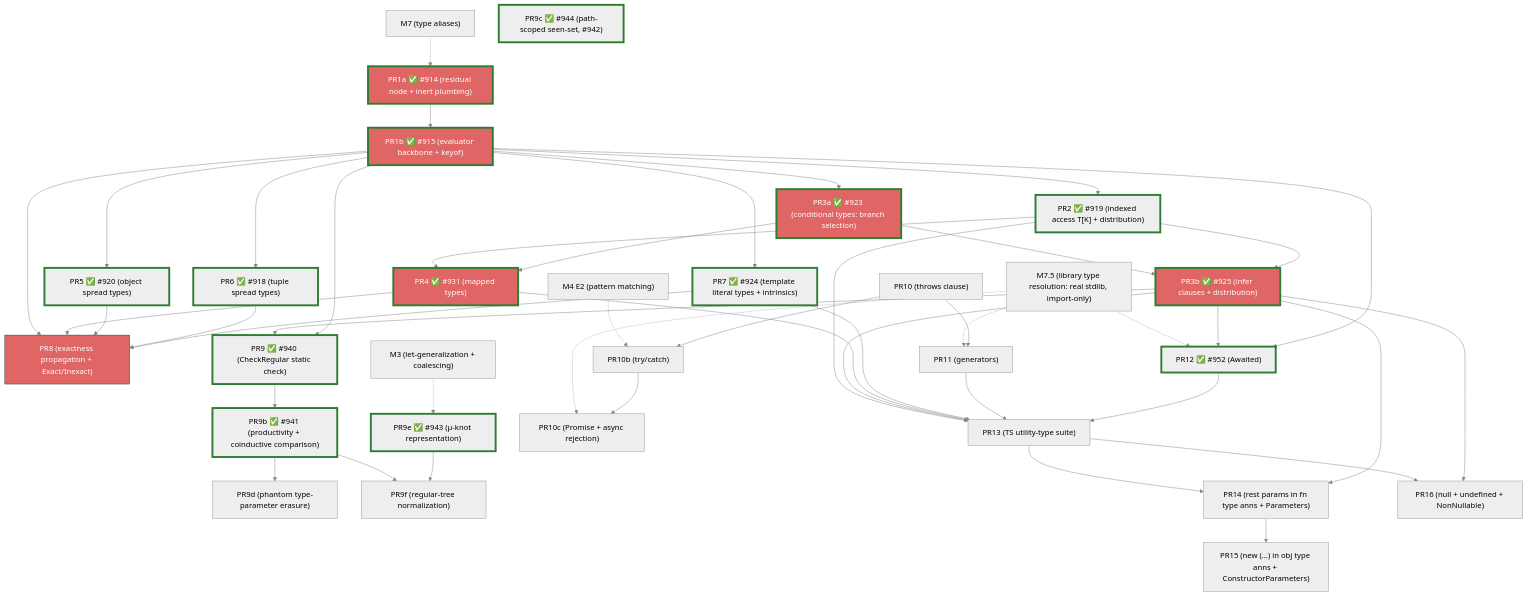
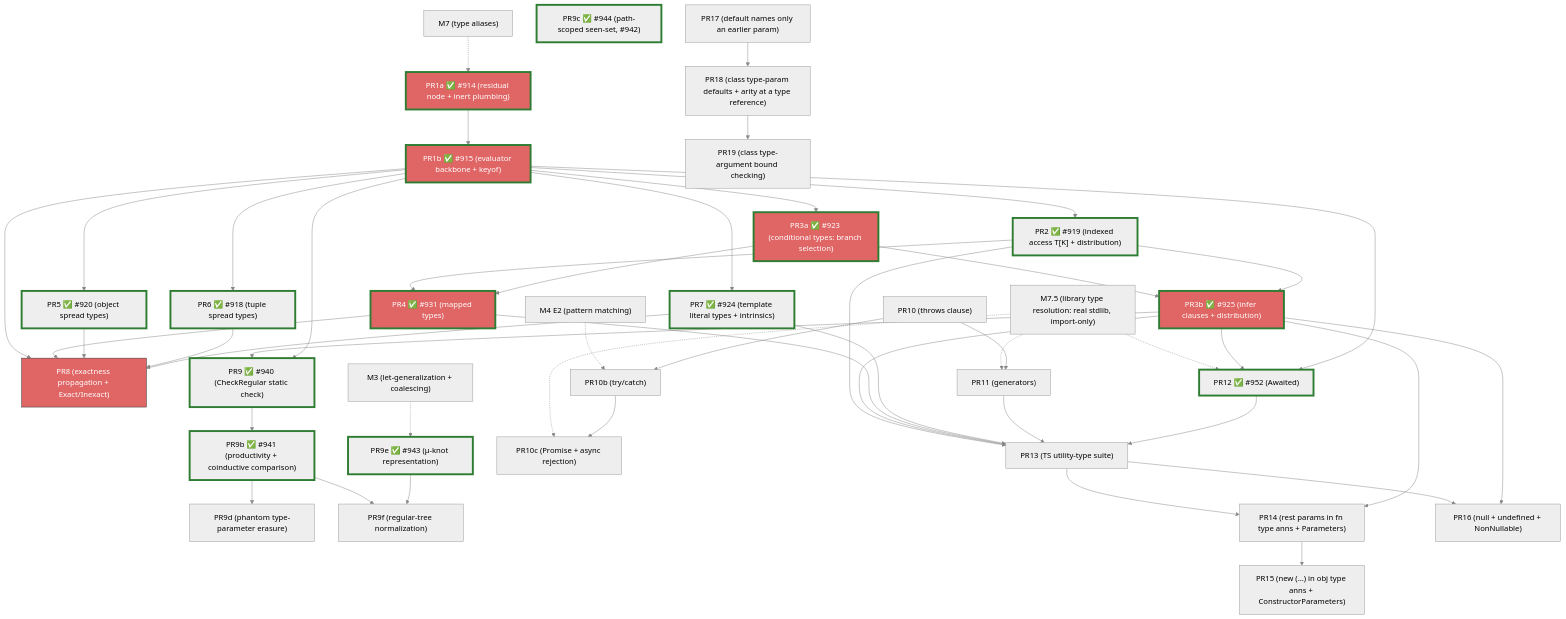
One commit to escalier-lang/escalier changed the diagram in planning/simple_sub/m9-implementation-plan.md. Above: the diagram before and after it, drawn with Mermaid (neutral theme). The commit also changed other lines of this file, not shown here.

```diff
--- a/planning/simple_sub/m9-implementation-plan.md
+++ b/planning/simple_sub/m9-implementation-plan.md
@@ -1425,6 +1572,9 @@
     PR14["PR14 (rest params in fn type anns + Parameters<F>)"]
     PR15["PR15 (new (…) in obj type anns + ConstructorParameters<C>)"]
     PR16["PR16 (null + undefined + NonNullable<T>)"]
+    PR17["PR17 (default names only an earlier param)"]
+    PR18["PR18 (class type-param defaults + arity at a type reference)"]
+    PR19["PR19 (class type-argument bound checking)"]
 
     M7 -.-> PR1a
     M75 -.-> PR10c
@@ -1470,6 +1620,8 @@
     PR14 --> PR15
     PR13 --> PR16
     PR3b --> PR16
+    PR17 --> PR18
+    PR18 --> PR19
 
     linkStyle default stroke:#888
     style PR1a fill:#e06666,stroke:#2e7d32,stroke-width:4px,color:#fff
```
